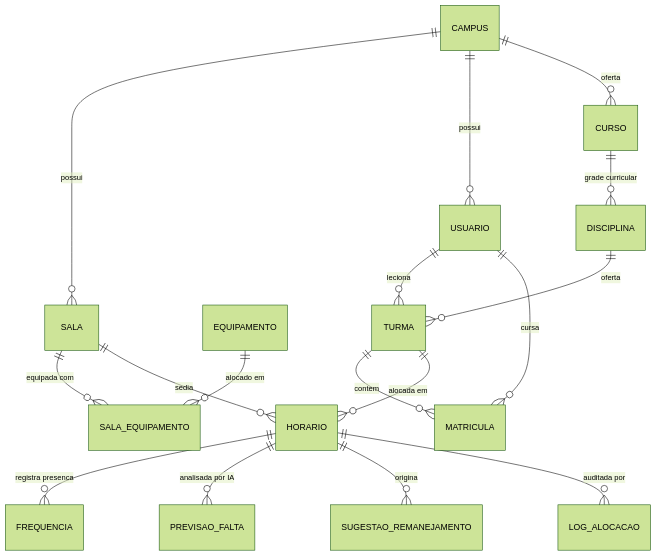
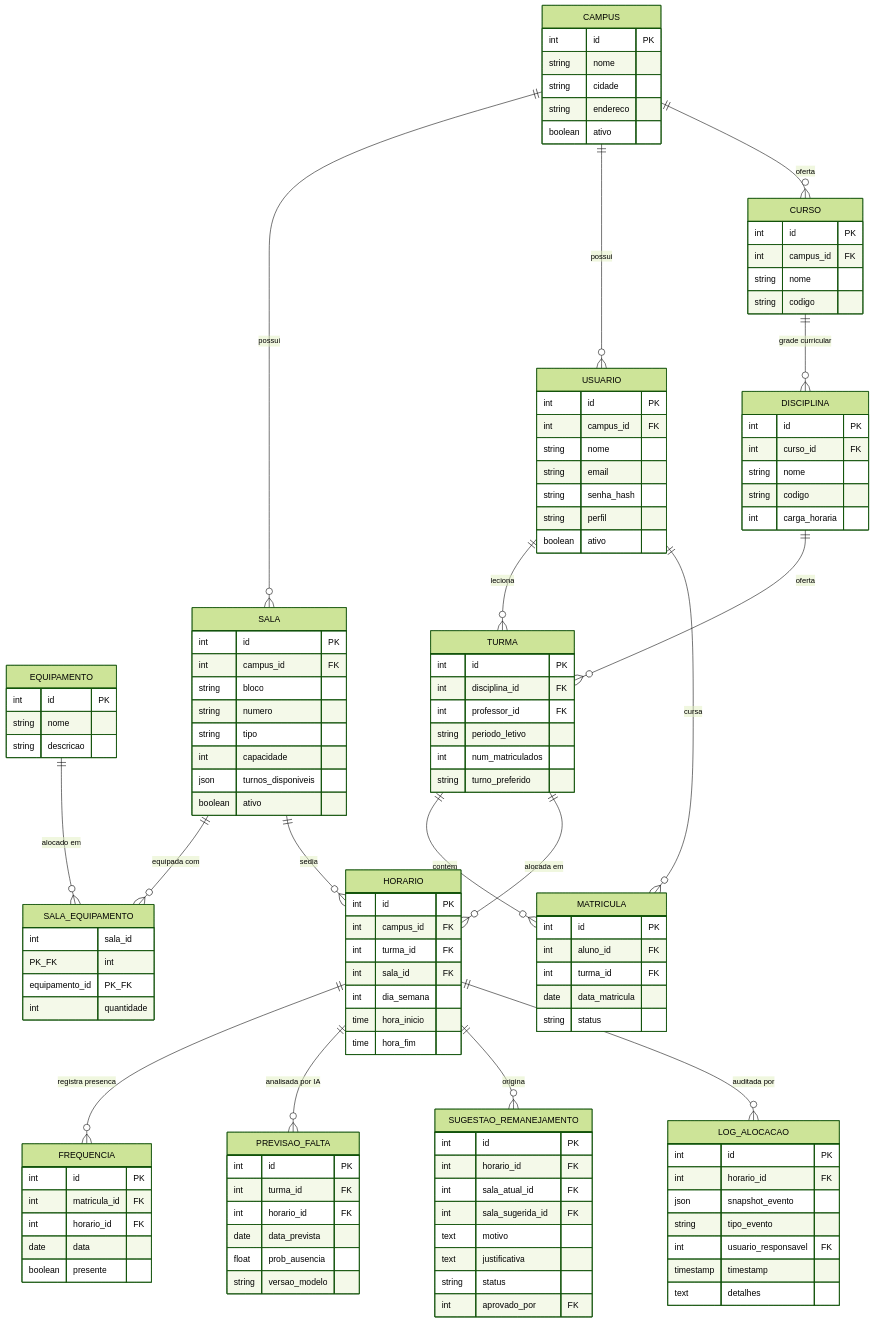
One commit to ValdVdC/Fabrica-de-Software-Gerenciador-de-salas changed the second of 2 diagrams in docs/entregas/relatorio-sprint02.md. Above: the diagram before and after it, drawn with Mermaid (forest theme). The commit also changed other lines of this file and 11 other files, not shown here.

````diff
--- a/docs/entregas/relatorio-sprint02.md
+++ b/docs/entregas/relatorio-sprint02.md
@@ -289,5 +347,113 @@
 ```mermaid
 erDiagram
+    CAMPUS {
+        int id PK
+        string nome
+        string cidade
+        string endereco
+        boolean ativo
+    }
+    USUARIO {
+        int id PK
+        int campus_id FK
+        string nome
+        string email
+        string senha_hash
+        string perfil
+        boolean ativo
+    }
+    EQUIPAMENTO {
+        int id PK
+        string nome
+        string descricao
+    }
+    SALA {
+        int id PK
+        int campus_id FK
+        string bloco
+        string numero
+        string tipo
+        int capacidade
+        json turnos_disponiveis
+        boolean ativo
+    }
+    SALA_EQUIPAMENTO {
+        int sala_id PK_FK
+        int equipamento_id PK_FK
+        int quantidade
+    }
+    CURSO {
+        int id PK
+        int campus_id FK
+        string nome
+        string codigo
+    }
+    DISCIPLINA {
+        int id PK
+        int curso_id FK
+        string nome
+        string codigo
+        int carga_horaria
+    }
+    TURMA {
+        int id PK
+        int disciplina_id FK
+        int professor_id FK
+        string periodo_letivo
+        int num_matriculados
+        string turno_preferido
+    }
+    MATRICULA {
+        int id PK
+        int aluno_id FK
+        int turma_id FK
+        date data_matricula
+        string status
+    }
+    HORARIO {
+        int id PK
+        int campus_id FK
+        int turma_id FK
+        int sala_id FK
+        int dia_semana
+        time hora_inicio
+        time hora_fim
+    }
+    LOG_ALOCACAO {
+        int id PK
+        int horario_id FK
+        json snapshot_evento
+        string tipo_evento
+        int usuario_responsavel FK
+        timestamp timestamp
+        text detalhes
+    }
+    FREQUENCIA {
+        int id PK
+        int matricula_id FK
+        int horario_id FK
+        date data
+        boolean presente
+    }
+    PREVISAO_FALTA {
+        int id PK
+        int turma_id FK
+        int horario_id FK
+        date data_prevista
+        float prob_ausencia
+        string versao_modelo
+    }
+    SUGESTAO_REMANEJAMENTO {
+        int id PK
+        int horario_id FK
+        int sala_atual_id FK
+        int sala_sugerida_id FK
+        text motivo
+        text justificativa
+        string status
+        int aprovado_por FK
+    }
+
     CAMPUS ||--o{ SALA : "possui"
     CAMPUS ||--o{ USUARIO : "possui"
     CAMPUS ||--o{ CURSO : "oferta"
````
